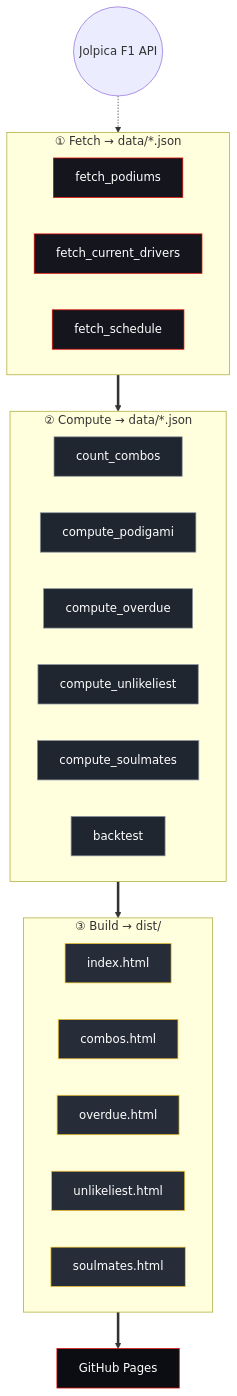
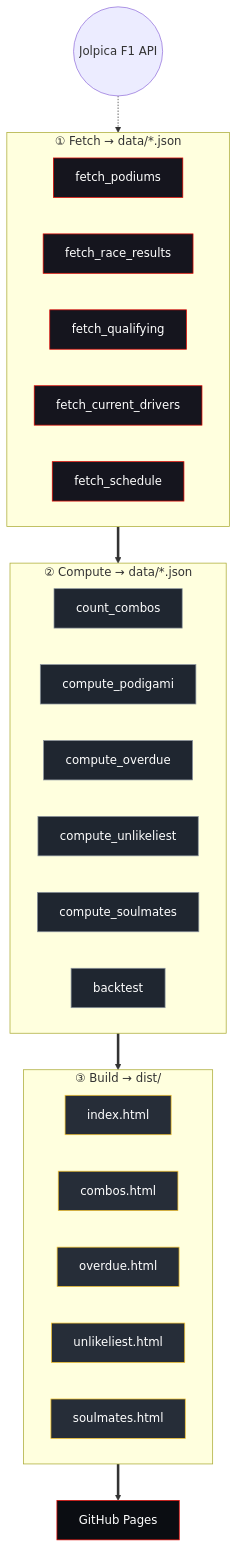
The first of 2 diagrams in README.md (NikoKiru/f1podigami), drawn with Mermaid before and after one commit. The commit also changed other lines of this file and 8 other files, not shown here.

````diff
--- a/README.md
+++ b/README.md
@@ -92,44 +92,46 @@
 ```mermaid
 flowchart TD
     classDef fetch fill:#15151E,stroke:#e10600,color:#fff
     classDef compute fill:#1f2630,stroke:#8b949e,color:#fff
     classDef build fill:#262d38,stroke:#f4c430,color:#fff
     classDef page fill:#0b0d12,stroke:#e10600,color:#fff
     classDef json fill:#161b22,stroke:#58a6ff,color:#8b949e
 
     API(("Jolpica F1 API"))
 
     subgraph FETCH ["① Fetch  →  data/*.json"]
         direction LR
         FP["fetch_podiums"]:::fetch
+        FR["fetch_race_results"]:::fetch
+        FQ["fetch_qualifying"]:::fetch
         FG["fetch_current_drivers"]:::fetch
         FS["fetch_schedule"]:::fetch
     end
 
     API -.-> FETCH
 
     subgraph COMPUTE ["② Compute  →  data/*.json"]
         direction LR
         CC["count_combos"]:::compute
         CP["compute_podigami"]:::compute
         CO["compute_overdue"]:::compute
         CU["compute_unlikeliest"]:::compute
         CM["compute_soulmates"]:::compute
         BT["backtest"]:::compute
     end
 
     FETCH ==> COMPUTE
 
     subgraph BUILD ["③ Build  →  dist/"]
         direction LR
         BP["index.html"]:::build
         BC["combos.html"]:::build
         BO["overdue.html"]:::build
         BU["unlikeliest.html"]:::build
         BS["soulmates.html"]:::build
     end
 
     COMPUTE ==> BUILD
 
     BUILD ==> GH["GitHub Pages"]:::page
 ```
````
